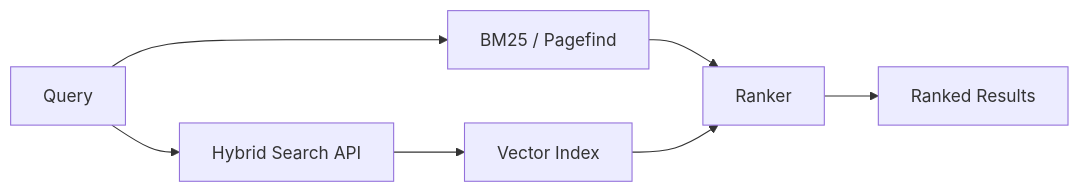
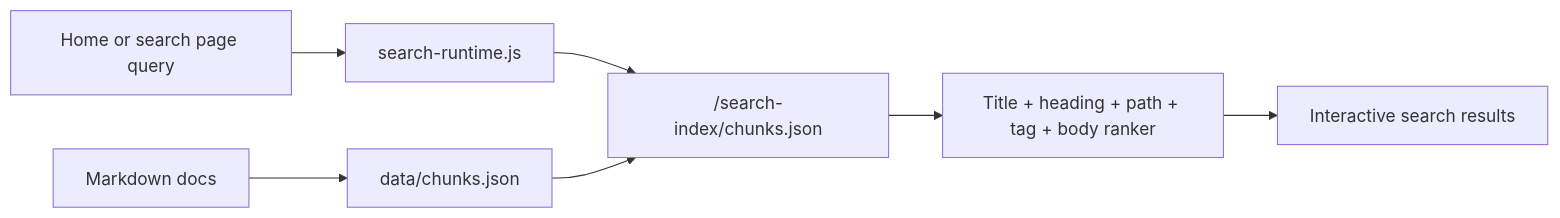
The diagram in docs-site/src/content/docs/en/search/index.md (chen21019/cattle-handbook), drawn with Mermaid before and after one commit. The commit also changed other lines of this file and 201 other files, not shown here.

````diff
--- a/docs-site/src/content/docs/en/search/index.md
+++ b/docs-site/src/content/docs/en/search/index.md
@@ -89,9 +52,9 @@
 ```mermaid
 flowchart LR
-  Query[Query] --> Pagefind[BM25 / Pagefind]
-  Query --> API[Hybrid Search API]
-  API --> Vector[Vector Index]
-  Pagefind --> Ranker[Ranker]
-  Vector --> Ranker
-  Ranker --> Results[Ranked Results]
+  Query[Home or search page query] --> Runtime["search-runtime.js"]
+  Runtime --> StaticIndex["/search-index/chunks.json"]
+  StaticIndex --> Ranker[Title + heading + path + tag + body ranker]
+  Ranker --> Results[Interactive search results]
+  Docs["data/chunks.json"] --> StaticIndex
+  Source[Markdown docs] --> Docs
 ```
````
